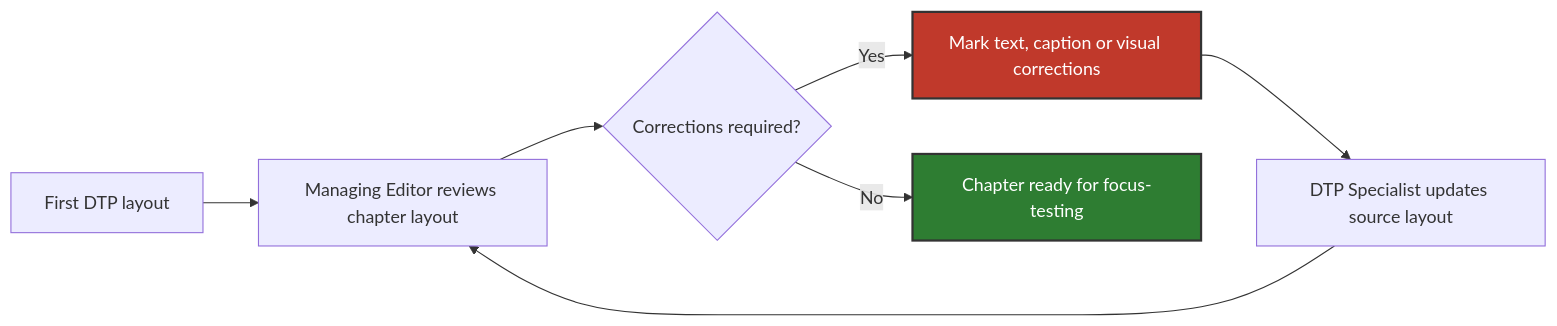
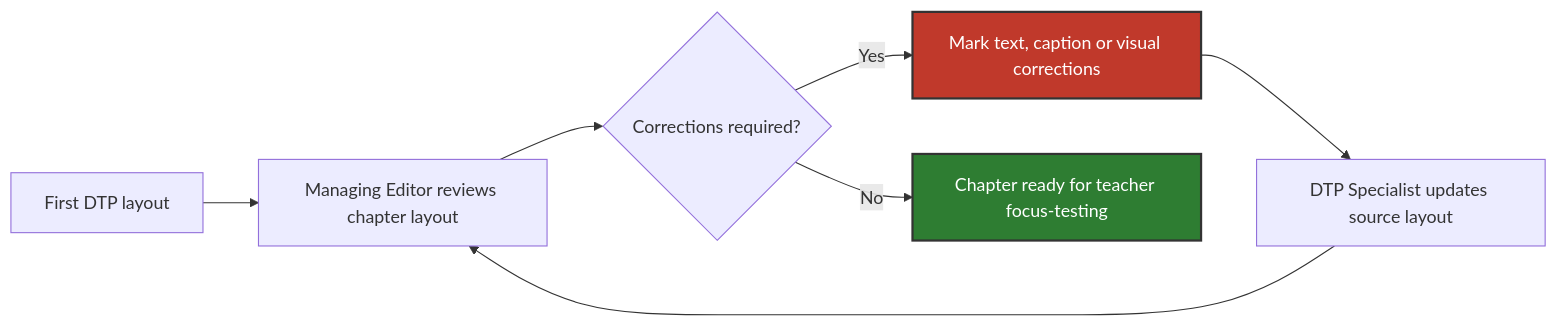
Before and after one commit to kamilaworonicz-ba/digital-editorial-workflow: the diagram in docs/01_problem_and_scenario.md, drawn with Mermaid. The commit also changed other lines of this file, not shown here.

Commit message:
Update 01_problem_and_scenario.md
Ujednolicenie "teacher-focus testing"

````diff
--- a/docs/01_problem_and_scenario.md
+++ b/docs/01_problem_and_scenario.md
@@ -26,12 +26,12 @@
 ```mermaid
 flowchart LR
     A["First DTP layout"] --> B["Managing Editor reviews chapter layout"]
     B --> C{"Corrections required?"}
     C -- Yes --> D["Mark text, caption or visual corrections"]
     D --> E["DTP Specialist updates source layout"]
     E --> B
-    C -- No --> F["Chapter ready for focus-testing"]
+    C -- No --> F["Chapter ready for teacher focus-testing"]
 
     style D fill:#c0392b,stroke:#333,stroke-width:2px,color:#fff
     style F fill:#2e7d32,stroke:#333,stroke-width:2px,color:#fff
 ```
````
